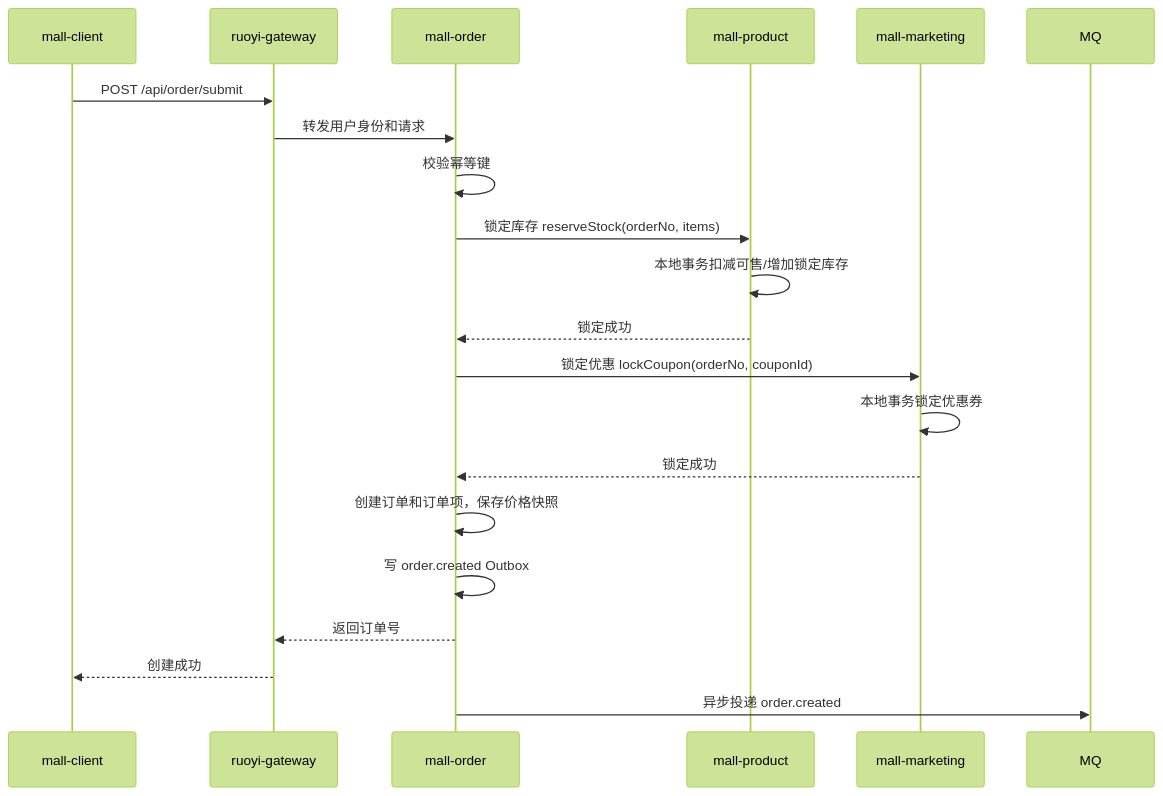
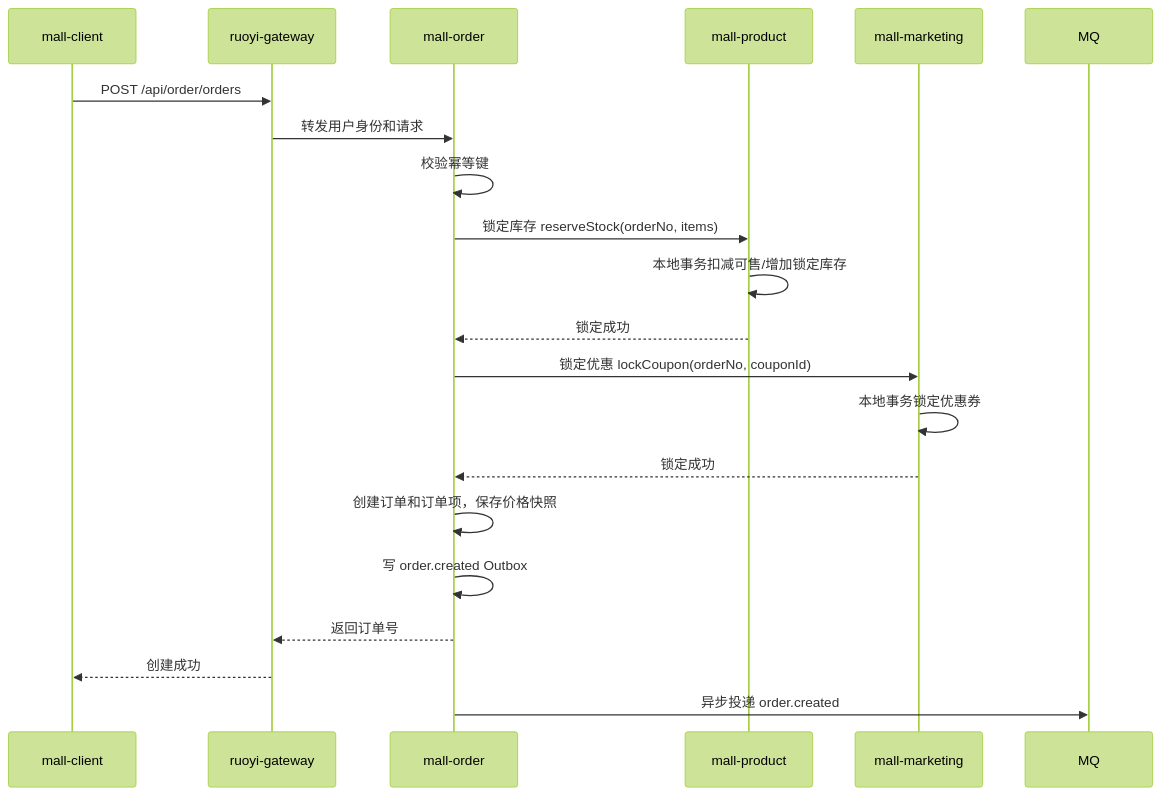
Before and after one commit to 1016297824/JH-Mall: the second of 4 diagrams in docs/design/02_系统概要设计_补充.md, drawn with Mermaid (forest theme). The commit also changed other lines of this file and 1 other file, not shown here.

````diff
--- a/docs/design/02_系统概要设计_补充.md
+++ b/docs/design/02_系统概要设计_补充.md
@@ -942,24 +942,24 @@
 ```mermaid
 sequenceDiagram
     participant C as mall-client
     participant G as ruoyi-gateway
     participant O as mall-order
     participant P as mall-product
     participant M as mall-marketing
     participant MQ as MQ
 
-    C->>G: POST /api/order/submit
+    C->>G: POST /api/order/orders
     G->>O: 转发用户身份和请求
     O->>O: 校验幂等键
     O->>P: 锁定库存 reserveStock(orderNo, items)
     P->>P: 本地事务扣减可售/增加锁定库存
     P-->>O: 锁定成功
     O->>M: 锁定优惠 lockCoupon(orderNo, couponId)
     M->>M: 本地事务锁定优惠券
     M-->>O: 锁定成功
     O->>O: 创建订单和订单项，保存价格快照
     O->>O: 写 order.created Outbox
     O-->>G: 返回订单号
     G-->>C: 创建成功
     O->>MQ: 异步投递 order.created
 ```
````
